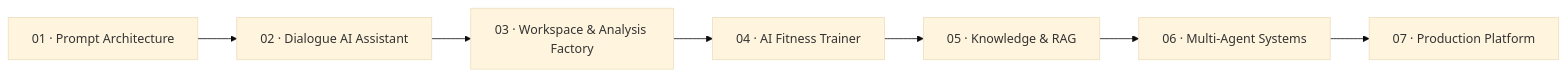
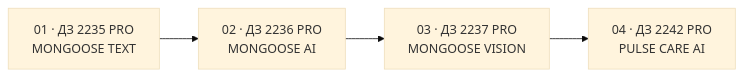
One commit to VictorKVS/Developer-of-AI-agents changed the diagram in README.md. Above: the diagram before and after it, drawn with Mermaid (base theme). The commit also changed other lines of this file, not shown here.

````diff
--- a/README.md
+++ b/README.md
@@ -40,12 +47,9 @@
 ```mermaid
 flowchart LR
-    P01[01 · Prompt Architecture]
-    P02[02 · Dialogue AI Assistant]
-    P03[03 · Workspace & Analysis Factory]
-    P04[04 · AI Fitness Trainer]
-    P05[05 · Knowledge & RAG]
-    P06[06 · Multi-Agent Systems]
-    P07[07 · Production Platform]
+    P01[01 · ДЗ 2235 PRO<br/>MONGOOSE TEXT]
+    P02[02 · ДЗ 2236 PRO<br/>MONGOOSE AI]
+    P03[03 · ДЗ 2237 PRO<br/>MONGOOSE VISION]
+    P04[04 · ДЗ 2242 PRO<br/>PULSE CARE AI]
 
-    P01 --> P02 --> P03 --> P04 --> P05 --> P06 --> P07
+    P01 --> P02 --> P03 --> P04
 ```
````
